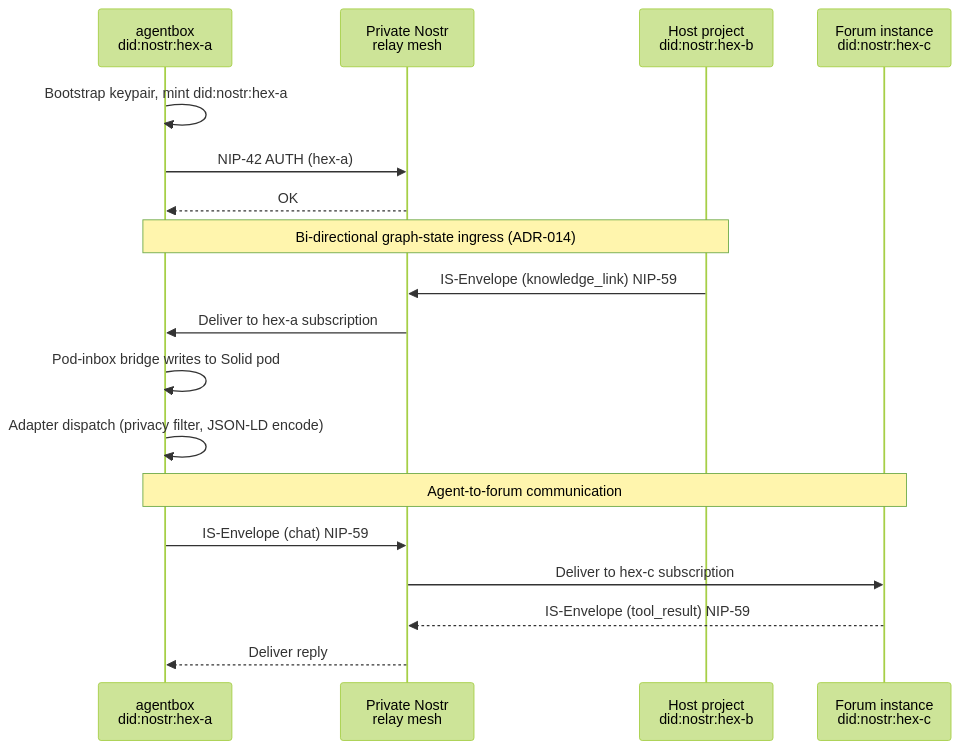
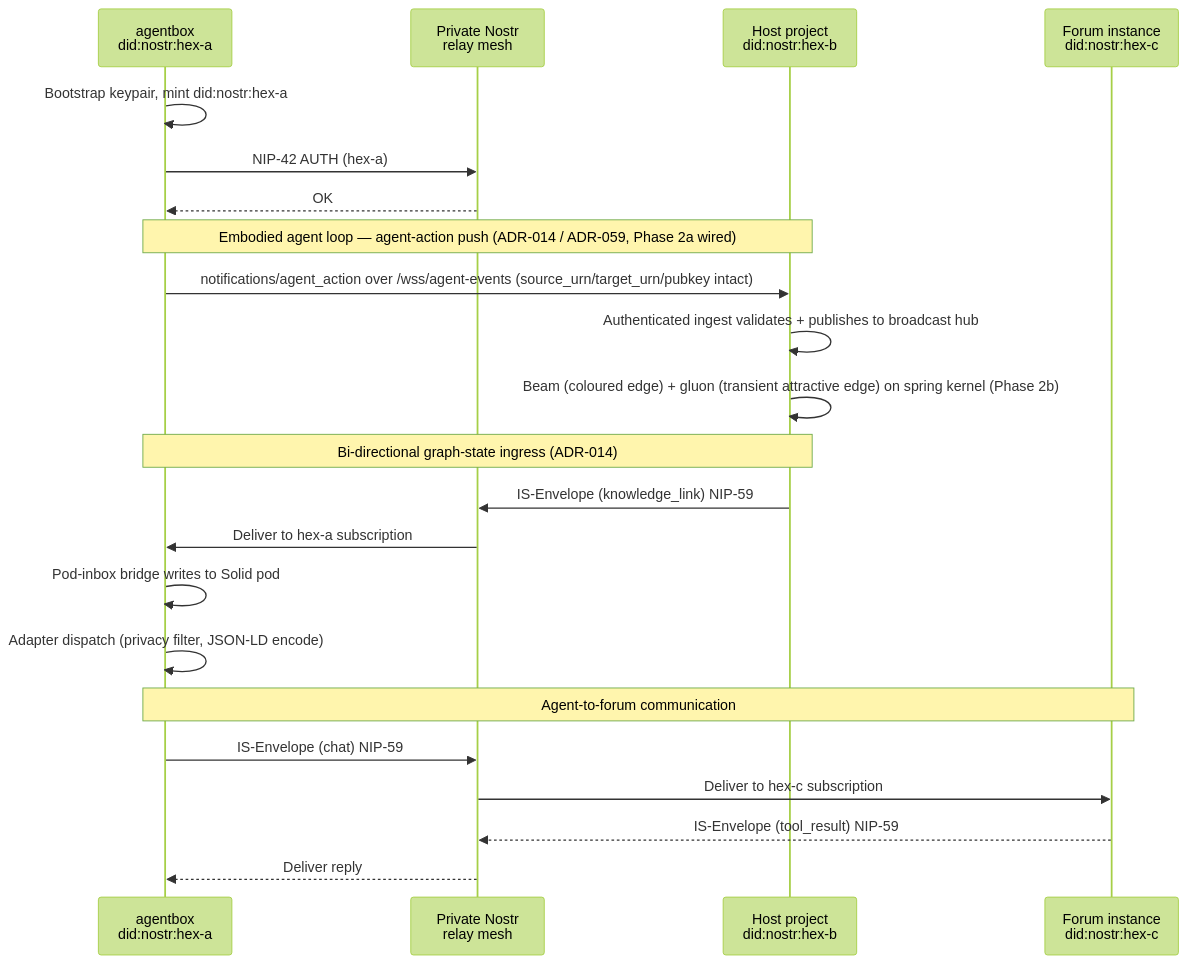
One commit to DreamLab-AI/agentbox changed the third of 3 diagrams in docs/developer/ecosystem.md. Above: the diagram before and after it, drawn with Mermaid (forest theme). The commit also changed other lines of this file and 12 other files, not shown here.

````diff
--- a/docs/developer/ecosystem.md
+++ b/docs/developer/ecosystem.md
@@ -45,23 +89,28 @@
 ```mermaid
 sequenceDiagram
     participant AB as agentbox<br/>did:nostr:hex-a
     participant Relay as Private Nostr<br/>relay mesh
     participant VC as Host project<br/>did:nostr:hex-b
     participant NRF as Forum instance<br/>did:nostr:hex-c
 
     AB->>AB: Bootstrap keypair, mint did:nostr:hex-a
     AB->>Relay: NIP-42 AUTH (hex-a)
     Relay-->>AB: OK
+
+    Note over AB,VC: Embodied agent loop — agent-action push (ADR-014 / ADR-059, Phase 2a wired)
+    AB->>VC: notifications/agent_action over /wss/agent-events (source_urn/target_urn/pubkey intact)
+    VC->>VC: Authenticated ingest validates + publishes to broadcast hub
+    VC->>VC: Beam (coloured edge) + gluon (transient attractive edge) on spring kernel (Phase 2b)
 
     Note over AB,VC: Bi-directional graph-state ingress (ADR-014)
     VC->>Relay: IS-Envelope (knowledge_link) NIP-59
     Relay->>AB: Deliver to hex-a subscription
     AB->>AB: Pod-inbox bridge writes to Solid pod
     AB->>AB: Adapter dispatch (privacy filter, JSON-LD encode)
 
     Note over AB,NRF: Agent-to-forum communication
     AB->>Relay: IS-Envelope (chat) NIP-59
     Relay->>NRF: Deliver to hex-c subscription
     NRF-->>Relay: IS-Envelope (tool_result) NIP-59
     Relay-->>AB: Deliver reply
 ```
````
